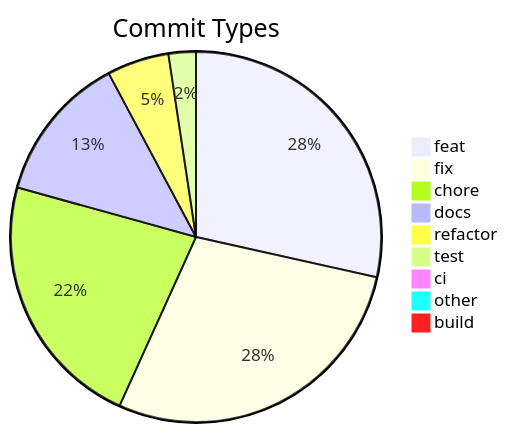
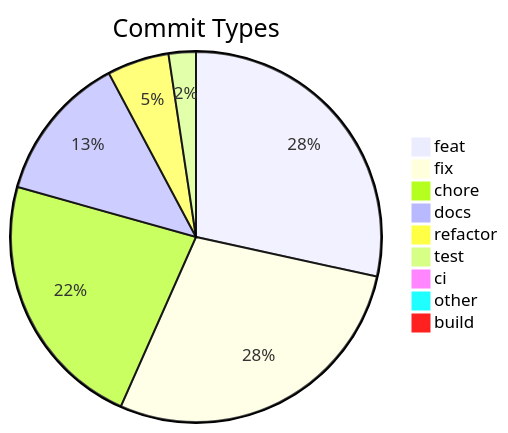
Before and after one commit to svenroth-ai/shipwright: the diagram in .shipwright/compliance/change-history.md, drawn with Mermaid. The commit also changed other lines of this file and 25 other files, not shown here.

````diff
--- a/.shipwright/compliance/change-history.md
+++ b/.shipwright/compliance/change-history.md
@@ -8,12 +8,12 @@
 ```mermaid
 pie title Commit Types
     "feat" : 263
     "fix" : 261
-    "chore" : 208
+    "chore" : 210
     "docs" : 119
     "refactor" : 50
     "test" : 22
     "ci" : 7
     "other" : 7
     "build" : 1
 ```
````
